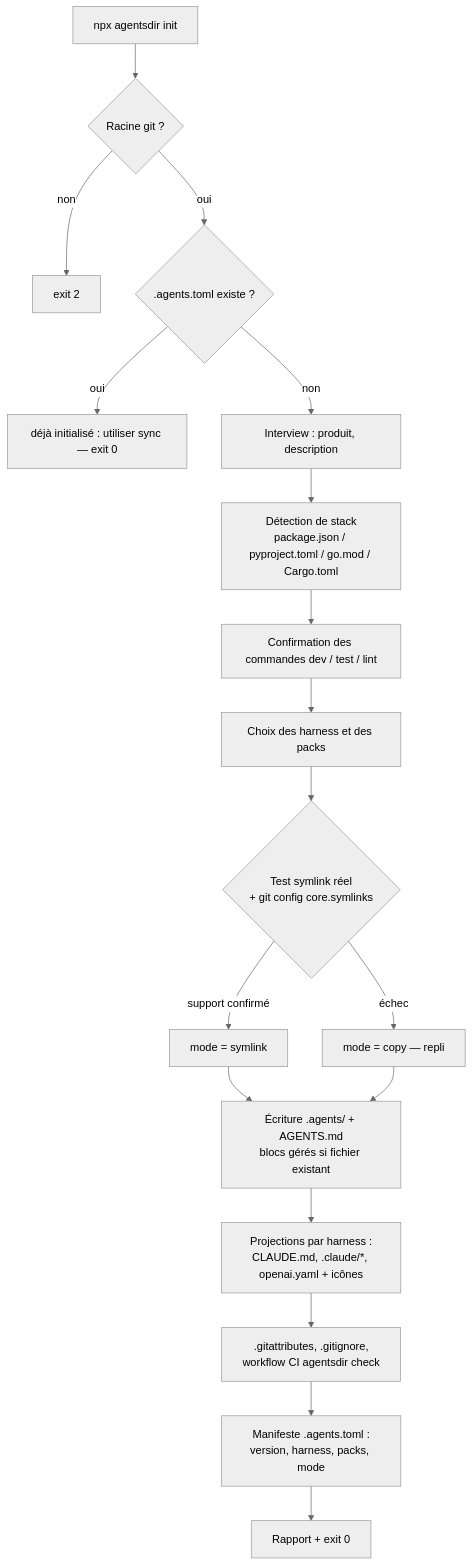
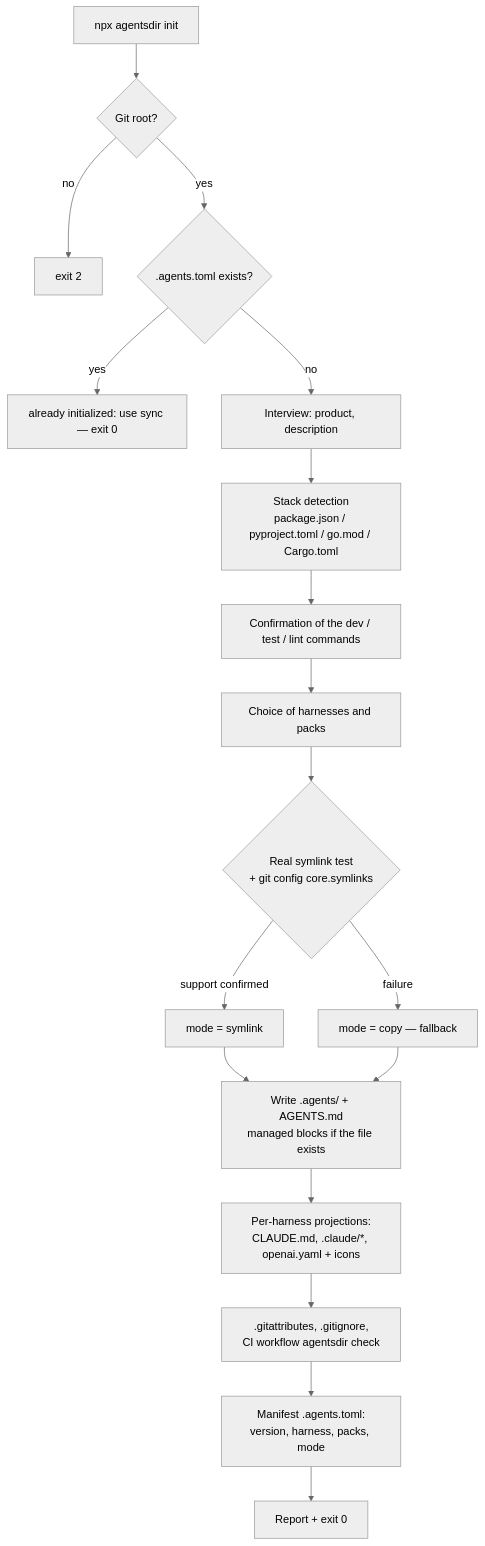
One commit to PicardRaphael/agentsdir changed the first of 4 diagrams in docs/commandes.md. Above: the diagram before and after it, drawn with Mermaid (neutral theme). The commit also changed other lines of this file and 23 other files, not shown here.

Commit message:
Tache 14 : check compare les copies a la source, sync retire les orphelins, les generateurs projettent

````diff
--- a/docs/commandes.md
+++ b/docs/commandes.md
@@ -137,20 +136,20 @@
 ```mermaid
 flowchart TD
-    A[npx agentsdir init] --> B{Racine git ?}
-    B -- non --> E2[exit 2]
-    B -- oui --> C{.agents.toml existe ?}
-    C -- oui --> OK0[déjà initialisé : utiliser sync — exit 0]
-    C -- non --> D[Interview : produit, description]
-    D --> F[Détection de stack<br/>package.json / pyproject.toml / go.mod / Cargo.toml]
-    F --> G[Confirmation des commandes dev / test / lint]
-    G --> H[Choix des harness et des packs]
-    H --> I{Test symlink réel<br/>+ git config core.symlinks}
-    I -- support confirmé --> J[mode = symlink]
-    I -- échec --> K[mode = copy — repli]
-    J --> L[Écriture .agents/ + AGENTS.md<br/>blocs gérés si fichier existant]
+    A[npx agentsdir init] --> B{Git root?}
+    B -- no --> E2[exit 2]
+    B -- yes --> C{.agents.toml exists?}
+    C -- yes --> OK0[already initialized: use sync — exit 0]
+    C -- no --> D[Interview: product, description]
+    D --> F[Stack detection<br/>package.json / pyproject.toml / go.mod / Cargo.toml]
+    F --> G[Confirmation of the dev / test / lint commands]
+    G --> H[Choice of harnesses and packs]
+    H --> I{Real symlink test<br/>+ git config core.symlinks}
+    I -- support confirmed --> J[mode = symlink]
+    I -- failure --> K[mode = copy — fallback]
+    J --> L[Write .agents/ + AGENTS.md<br/>managed blocks if the file exists]
     K --> L
-    L --> M[Projections par harness :<br/>CLAUDE.md, .claude/*, openai.yaml + icônes]
-    M --> N[.gitattributes, .gitignore,<br/>workflow CI agentsdir check]
-    N --> O[Manifeste .agents.toml :<br/>version, harness, packs, mode]
-    O --> P[Rapport + exit 0]
+    L --> M[Per-harness projections:<br/>CLAUDE.md, .claude/*, openai.yaml + icons]
+    M --> N[.gitattributes, .gitignore,<br/>CI workflow agentsdir check]
+    N --> O[Manifest .agents.toml:<br/>version, harness, packs, mode]
+    O --> P[Report + exit 0]
 ```
````
